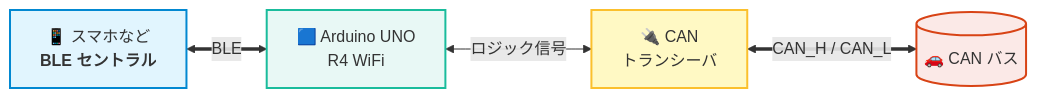
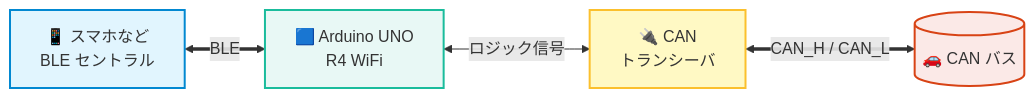
One commit to shiomachisoft/R4_BleCanBrg changed the fourth of 4 diagrams in README.md. Above: the diagram before and after it, drawn with Mermaid. The commit also changed other lines of this file and 2 other files, not shown here.

````diff
--- a/README.md
+++ b/README.md
@@ -124,16 +124,16 @@
 ```mermaid
 flowchart LR
-    Central["📱 スマホなど<br><b>BLE セントラル</b>"]
+    Central["📱 スマホなど<br>BLE セントラル"]
     UNO["🟦 Arduino UNO<br>R4 WiFi"]
     Trx["🔌 CAN<br>トランシーバ"]
     Bus[("🚗 CAN バス")]
 
     Central <== "BLE" ==> UNO
     UNO <-->|"ロジック信号"| Trx
     Trx <== "CAN_H / CAN_L" ==> Bus
 
     style Central fill:#e1f5fe,stroke:#0288d1,stroke-width:2px
     style UNO fill:#e8f8f5,stroke:#1abc9c,stroke-width:2px
     style Trx fill:#fff9c4,stroke:#fbc02d,stroke-width:2px
     style Bus fill:#fbe9e7,stroke:#d84315,stroke-width:2px
 ```
````
